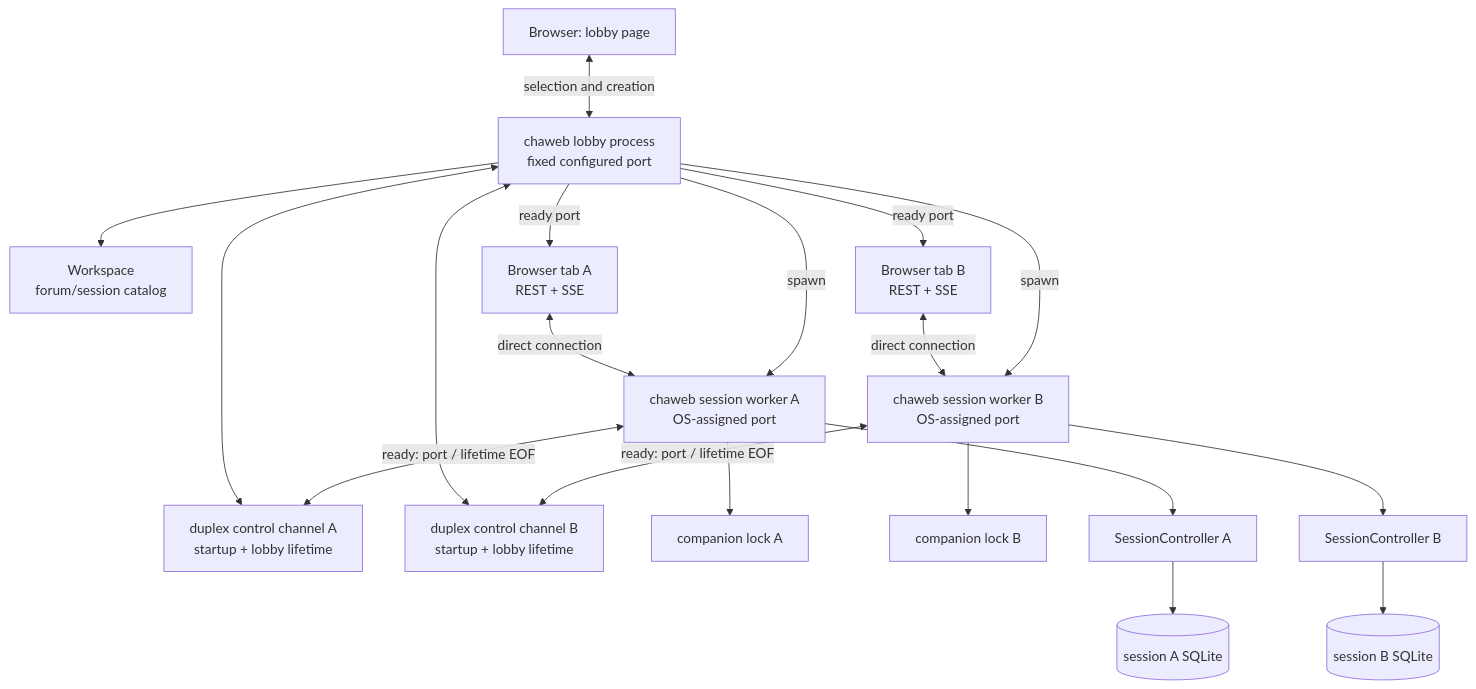
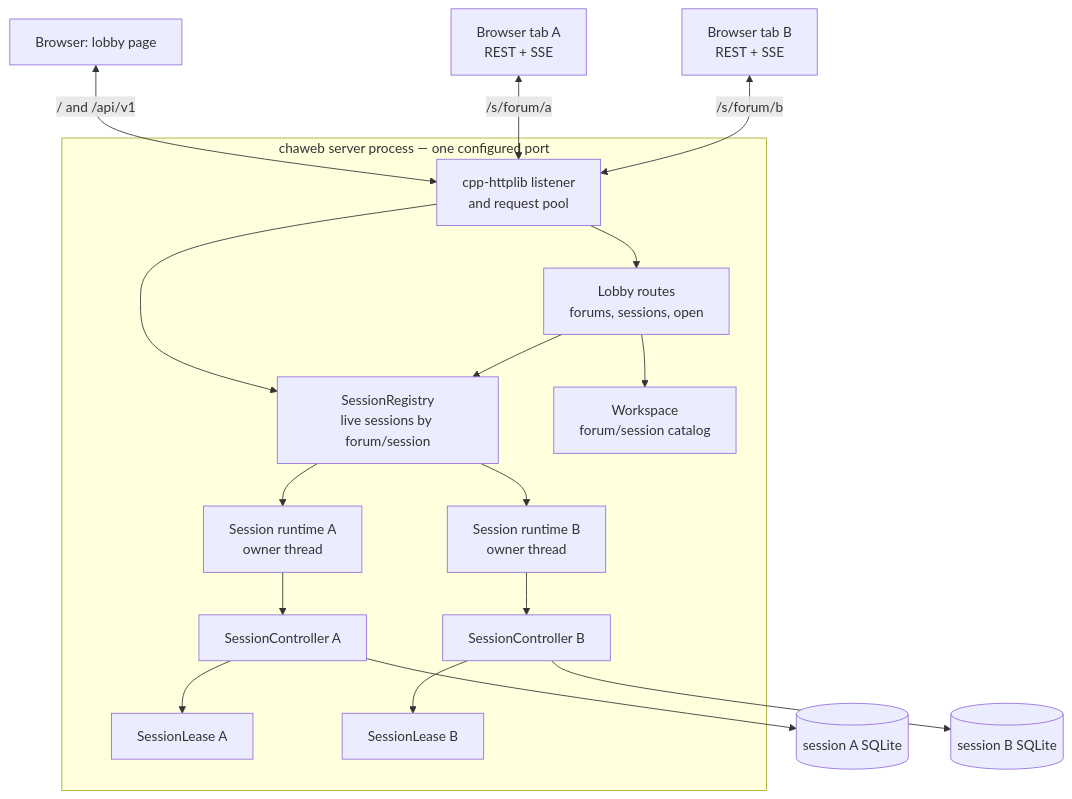
Before and after one commit to michaelpopov/cha: the diagram in docs/web-design.md, drawn with Mermaid. The commit also changed other lines of this file and 3 other files, not shown here.

````diff
--- a/docs/web-design.md
+++ b/docs/web-design.md
@@ -142,33 +140,38 @@
 ```mermaid
 flowchart TD
     browserLobby["Browser: lobby page"]
-    lobby["chaweb lobby process<br/>fixed configured port"]
-    workspace["Workspace<br/>forum/session catalog"]
-    controlA["duplex control channel A<br/>startup + lobby lifetime"]
-    controlB["duplex control channel B<br/>startup + lobby lifetime"]
-    workerA["chaweb session worker A<br/>OS-assigned port"]
-    workerB["chaweb session worker B<br/>OS-assigned port"]
-    lockA["companion lock A"]
-    lockB["companion lock B"]
-    controllerA["SessionController A"]
-    controllerB["SessionController B"]
-    dbA[("session A SQLite")]
-    dbB[("session B SQLite")]
     browserA["Browser tab A<br/>REST + SSE"]
     browserB["Browser tab B<br/>REST + SSE"]
 
-    browserLobby <-->|"selection and creation"| lobby
-    lobby --> workspace
-    lobby -->|"spawn"| workerA
-    lobby -->|"spawn"| workerB
-    workerA <-->|"ready: port / lifetime EOF"| controlA <--> lobby
-    workerB <-->|"ready: port / lifetime EOF"| controlB <--> lobby
-    lobby -->|"ready port"| browserA
-    lobby -->|"ready port"| browserB
-    browserA <-->|"direct connection"| workerA
-    browserB <-->|"direct connection"| workerB
-    workerA --> lockA
-    workerB --> lockB
-    workerA --> controllerA --> dbA
-    workerB --> controllerB --> dbB
+    subgraph server["chaweb server process — one configured port"]
+        http["cpp-httplib listener<br/>and request pool"]
+        lobbyRoutes["Lobby routes<br/>forums, sessions, open"]
+        registry["SessionRegistry<br/>live sessions by forum/session"]
+        workspace["Workspace<br/>forum/session catalog"]
+        runtimeA["Session runtime A<br/>owner thread"]
+        runtimeB["Session runtime B<br/>owner thread"]
+        controllerA["SessionController A"]
+        controllerB["SessionController B"]
+        leaseA["SessionLease A"]
+        leaseB["SessionLease B"]
+    end
+
+    dbA[("session A SQLite")]
+    dbB[("session B SQLite")]
+
+    browserLobby <-->|"/ and /api/v1"| http
+    browserA <-->|"/s/forum/a"| http
+    browserB <-->|"/s/forum/b"| http
+    http --> lobbyRoutes
+    http --> registry
+    lobbyRoutes --> workspace
+    lobbyRoutes --> registry
+    registry --> runtimeA
+    registry --> runtimeB
+    runtimeA --> controllerA
+    runtimeB --> controllerB
+    controllerA --> leaseA
+    controllerA --> dbA
+    controllerB --> leaseB
+    controllerB --> dbB
 ```
````
